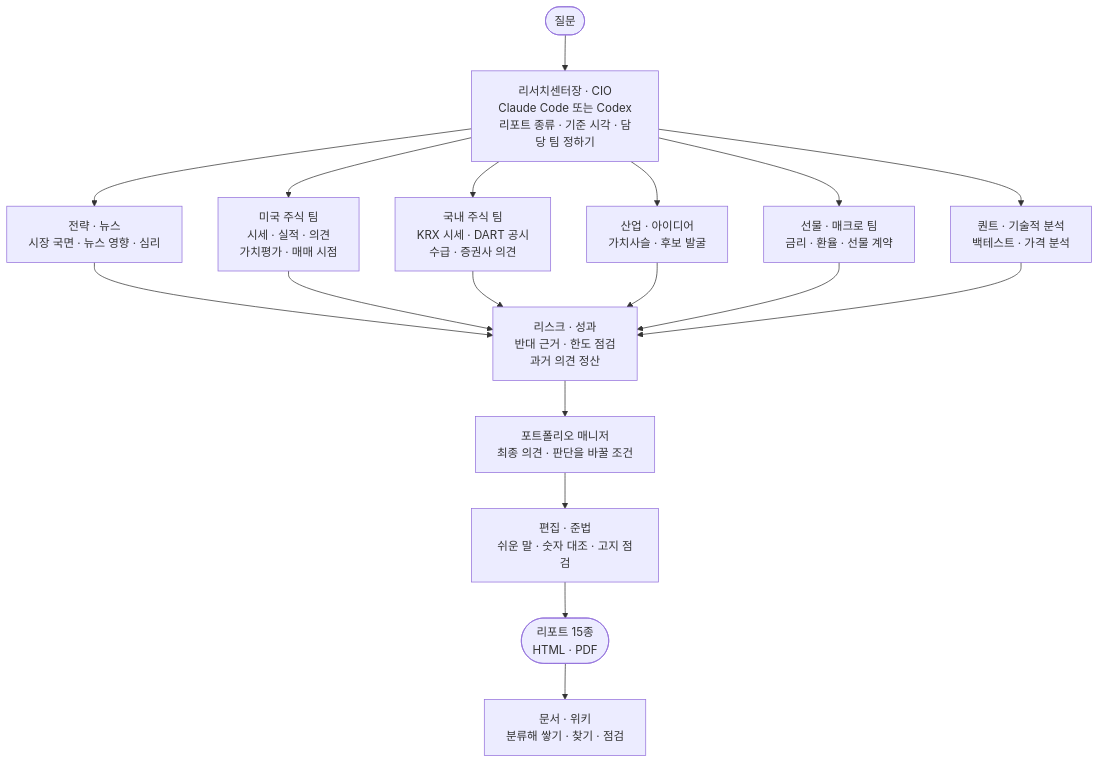
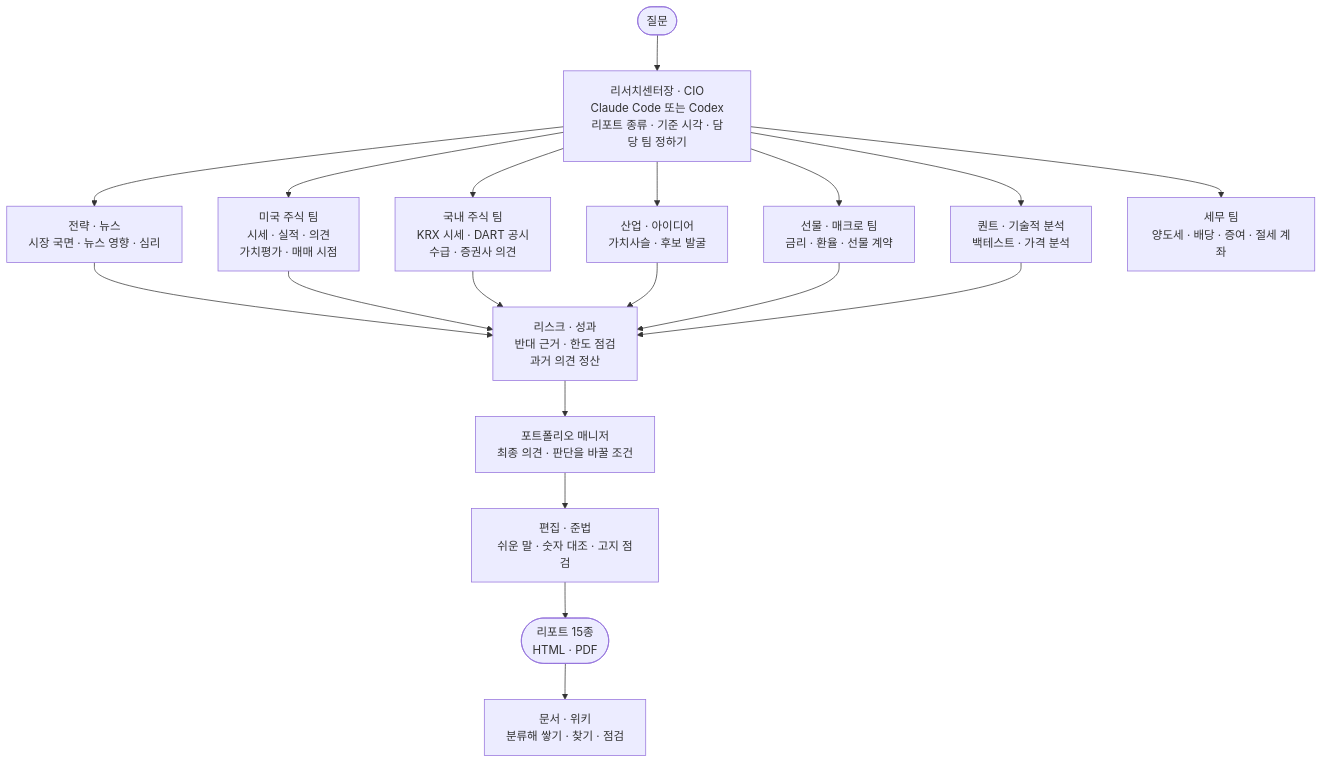
Before and after one commit to seulee26/stock-team-harness: the first of 2 diagrams in README.md, drawn with Mermaid. The commit also changed other lines of this file and 80 other files, not shown here.

````diff
--- a/README.md
+++ b/README.md
@@ -90,23 +92,24 @@
 ```mermaid
 flowchart TD
     Q(["질문"]) --> CIO["리서치센터장 · CIO<br/>Claude Code 또는 Codex<br/>리포트 종류 · 기준 시각 · 담당 팀 정하기"]
 
     CIO --> ST["전략 · 뉴스<br/>시장 국면 · 뉴스 영향 · 심리"]
     CIO --> US["미국 주식 팀<br/>시세 · 실적 · 의견<br/>가치평가 · 매매 시점"]
     CIO --> KR["국내 주식 팀<br/>KRX 시세 · DART 공시<br/>수급 · 증권사 의견"]
     CIO --> SE["산업 · 아이디어<br/>가치사슬 · 후보 발굴"]
     CIO --> FM["선물 · 매크로 팀<br/>금리 · 환율 · 선물 계약"]
     CIO --> QT["퀀트 · 기술적 분석<br/>백테스트 · 가격 분석"]
+    CIO --> TAX["세무 팀<br/>양도세 · 배당 · 증여 · 절세 계좌"]
 
     ST --> RV["리스크 · 성과<br/>반대 근거 · 한도 점검<br/>과거 의견 정산"]
     US --> RV
     KR --> RV
     SE --> RV
     FM --> RV
     QT --> RV
 
     RV --> PM["포트폴리오 매니저<br/>최종 의견 · 판단을 바꿀 조건"]
     PM --> ED["편집 · 준법<br/>쉬운 말 · 숫자 대조 · 고지 점검"]
     ED --> O(["리포트 15종<br/>HTML · PDF"])
     O --> WK["문서 · 위키<br/>분류해 쌓기 · 찾기 · 점검"]
 ```
````
